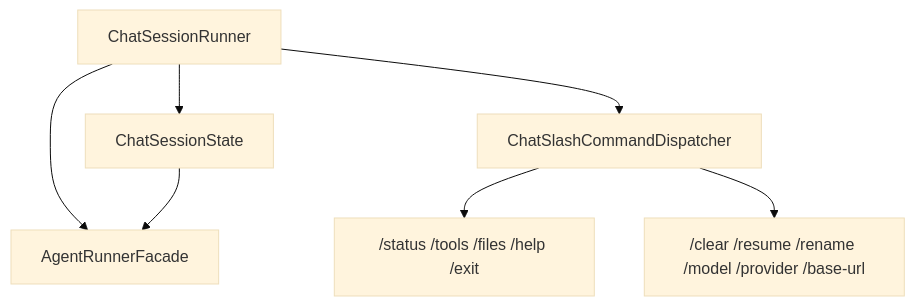
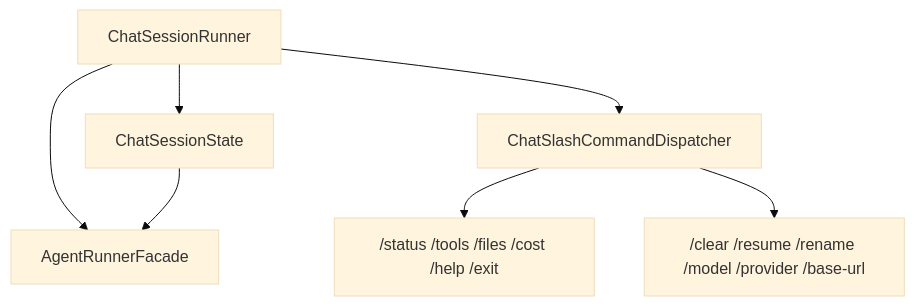
Before and after one commit to MarcelLeon/claw-code-java: the second of 3 diagrams in docs/architecture.md, drawn with Mermaid (base theme). The commit also changed other lines of this file and 8 other files, not shown here.

````diff
--- a/docs/architecture.md
+++ b/docs/architecture.md
@@ -84,9 +90,9 @@
 ```mermaid
 flowchart TD
     A["ChatSessionRunner"] --> B["ChatSessionState"]
     A --> C["ChatSlashCommandDispatcher"]
-    C --> D["/status /tools /files /help /exit"]
+    C --> D["/status /tools /files /cost /help /exit"]
     C --> E["/clear /resume /rename /model /provider /base-url"]
     A --> F["AgentRunnerFacade"]
     B --> F
 ```
````
